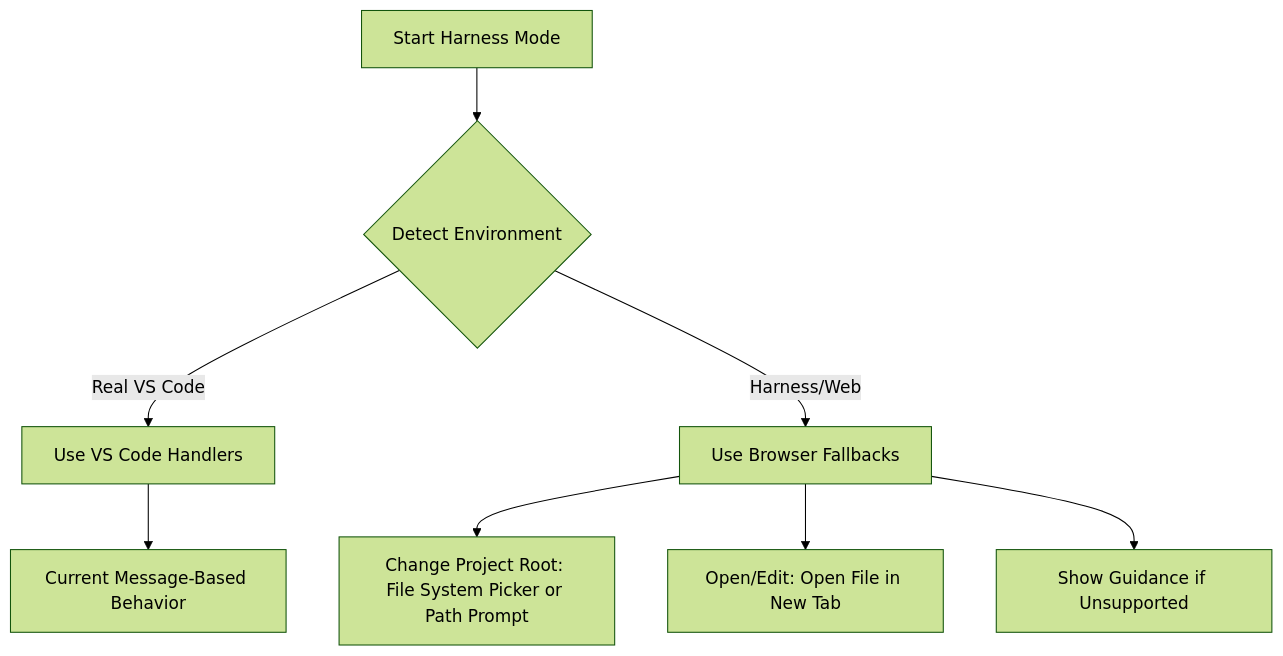
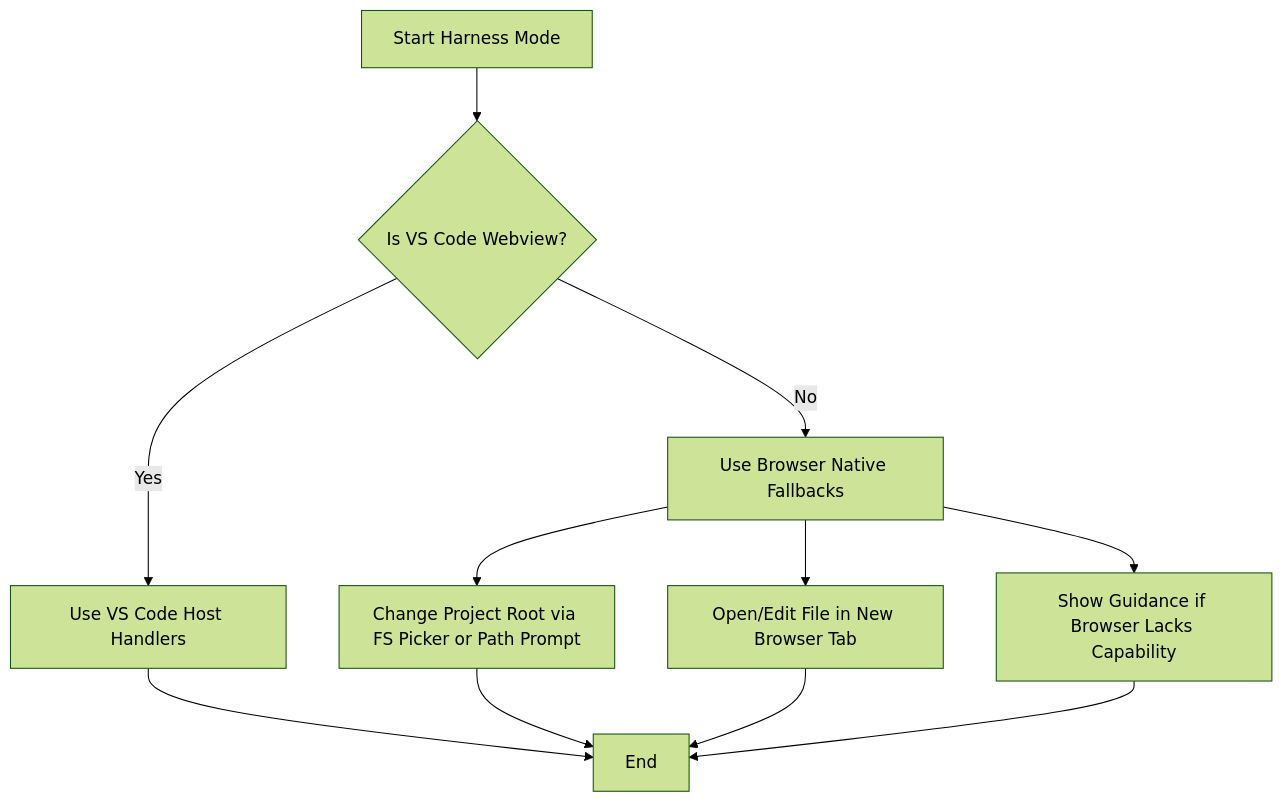
The diagram in logics/request/req_012_web_debug_harness_simulate_vs_code_controls_with_browser_native_behavior.md (AlexAgo83/logics-manager), drawn with Mermaid (forest theme) before and after one commit. The commit also changed 50 other files, not shown here.

````diff
--- a/logics/request/req_012_web_debug_harness_simulate_vs_code_controls_with_browser_native_behavior.md
+++ b/logics/request/req_012_web_debug_harness_simulate_vs_code_controls_with_browser_native_behavior.md
@@ -10,12 +10,15 @@
 ```mermaid
 %% logics-kind: request
 %% logics-signature: request|web-debug-harness-simulate-vs-code-contr|in-web-debug-server-mode-most|ac1-in-harness-mode-control-actions
 flowchart TD
-    A[Start Harness Mode] --> B{Detect Environment}
-    B -->|Real VS Code| C[Use VS Code Handlers]
-    B -->|Harness/Web| D[Use Browser Fallbacks]
-    D --> E[Change Project Root: File System Picker or Path Prompt]
-    D --> F[Open/Edit: Open File in New Tab]
-    C --> G[Current Message-Based Behavior]
-    D --> H[Show Guidance if Unsupported]
+    A[Start Harness Mode] --> B{Is VS Code Webview?}
+    B -- Yes --> C[Use VS Code Host Handlers]
+    B -- No --> D[Use Browser Native Fallbacks]
+    D --> E[Change Project Root via FS Picker or Path Prompt]
+    D --> F[Open/Edit File in New Browser Tab]
+    D --> G[Show Guidance if Browser Lacks Capability]
+    C --> H[End]
+    E --> H
+    F --> H
+    G --> H
 ```
````
